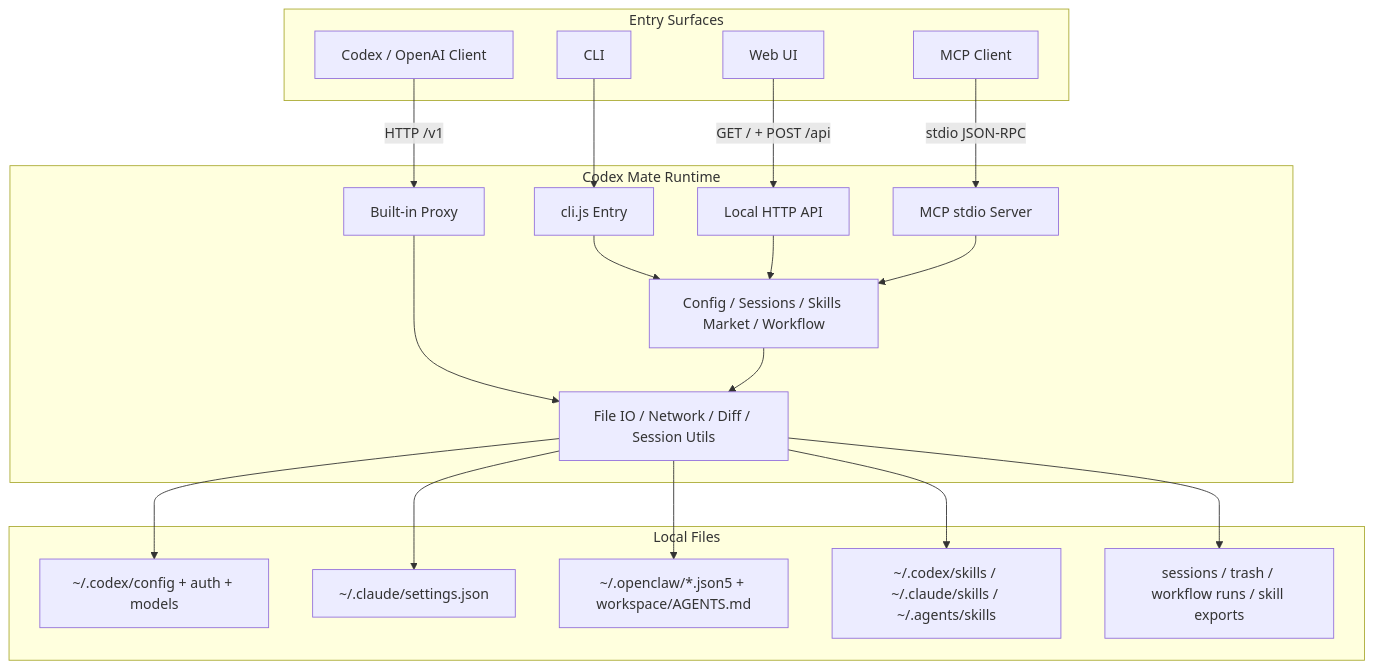
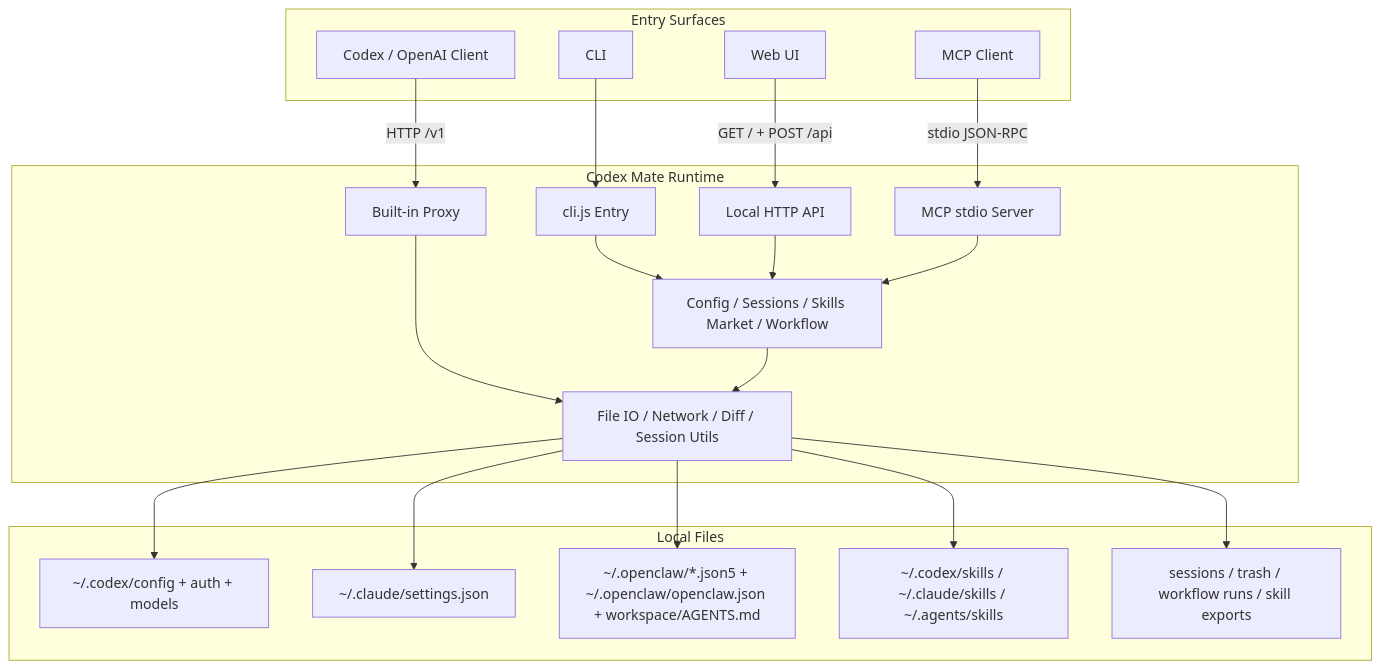
One commit to ymkiux/codexmate changed the diagram in README.en.md. Above: the diagram before and after it, drawn with Mermaid. The commit also changed 1 other file, not shown here.

Commit message:
test: cover readme en openclaw config entry

````diff
--- a/README.en.md
+++ b/README.en.md
@@ -71,44 +71,44 @@
 ```mermaid
 flowchart TB
     subgraph Interfaces["Entry Surfaces"]
       CLI["CLI"]
       WEB["Web UI"]
       MCP["MCP Client"]
       OAI["Codex / OpenAI Client"]
     end
 
     subgraph Runtime["Codex Mate Runtime"]
       ENTRY["cli.js Entry"]
       API["Local HTTP API"]
       MCPS["MCP stdio Server"]
       PROXY["Built-in Proxy"]
       SERVICES["Config / Sessions / Skills Market / Workflow"]
       CORE["File IO / Network / Diff / Session Utils"]
     end
 
     subgraph Data["Local Files"]
       CODEX["~/.codex/config + auth + models"]
       CLAUDE["~/.claude/settings.json"]
-      OPENCLAW["~/.openclaw/*.json5 + workspace/AGENTS.md"]
+      OPENCLAW["~/.openclaw/*.json5 + ~/.openclaw/openclaw.json + workspace/AGENTS.md"]
       SKILLS["~/.codex/skills / ~/.claude/skills / ~/.agents/skills"]
       STATE["sessions / trash / workflow runs / skill exports"]
     end
 
     CLI --> ENTRY
     WEB -->|GET / + POST /api| API
     MCP -->|stdio JSON-RPC| MCPS
     OAI -->|HTTP /v1| PROXY
 
     ENTRY --> SERVICES
     API --> SERVICES
     MCPS --> SERVICES
     PROXY --> CORE
 
     SERVICES --> CORE
 
     CORE --> CODEX
     CORE --> CLAUDE
     CORE --> OPENCLAW
     CORE --> SKILLS
     CORE --> STATE
 ```
````
